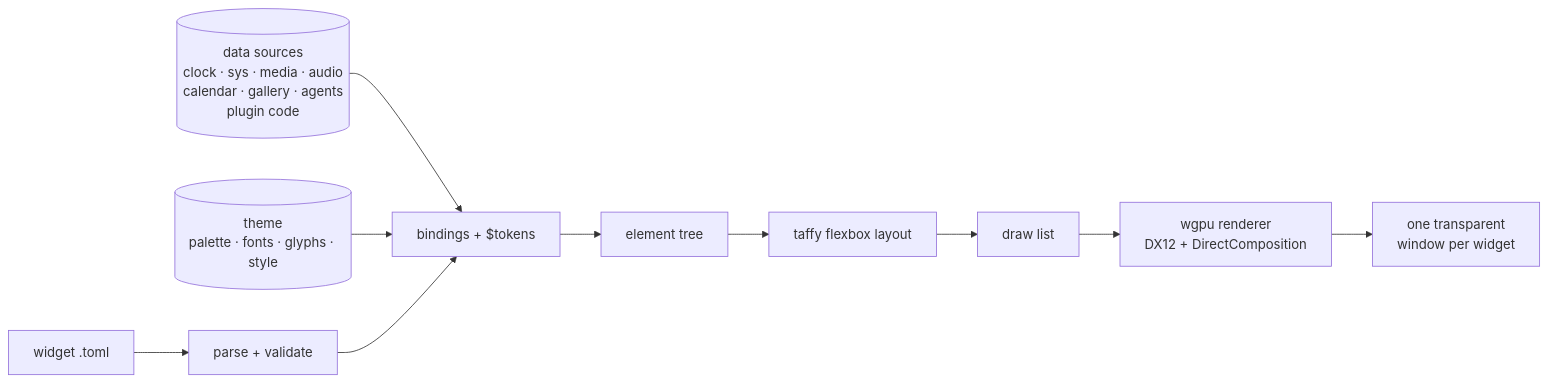
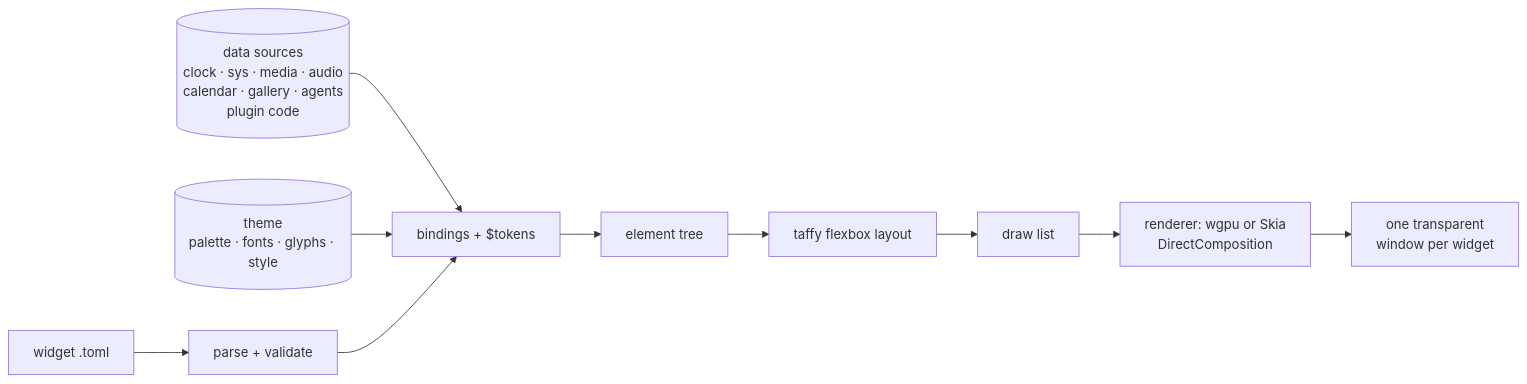
The first of 2 diagrams in docs/architecture.md (mzak-dev/desktopWidgets), drawn with Mermaid before and after one commit. The commit also changed other lines of this file and 6 other files, not shown here.

First line of the commit message:
docs(gfx): record the skia renderer and why not graphite

````diff
--- a/docs/architecture.md
+++ b/docs/architecture.md
@@ -11,12 +11,12 @@
 ```mermaid
 flowchart LR
     T["widget .toml"] --> P["parse + validate"]
     D[("data sources<br/>clock · sys · media · audio<br/>calendar · gallery · agents<br/>plugin code")] --> B["bindings + $tokens"]
     TH[("theme<br/>palette · fonts · glyphs · style")] --> B
     P --> B
     B --> N["element tree"]
     N --> L["taffy flexbox layout"]
     L --> DL["draw list"]
-    DL --> R["wgpu renderer<br/>DX12 + DirectComposition"]
+    DL --> R["renderer: wgpu or Skia<br/>DirectComposition"]
     R --> W["one transparent<br/>window per widget"]
 ```
````
